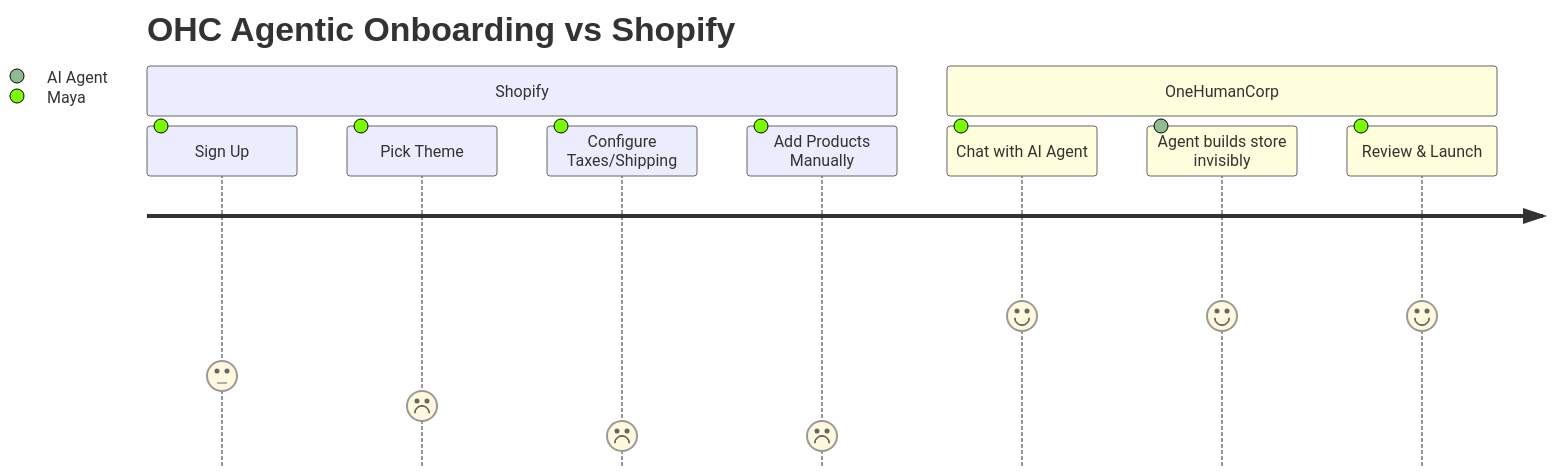
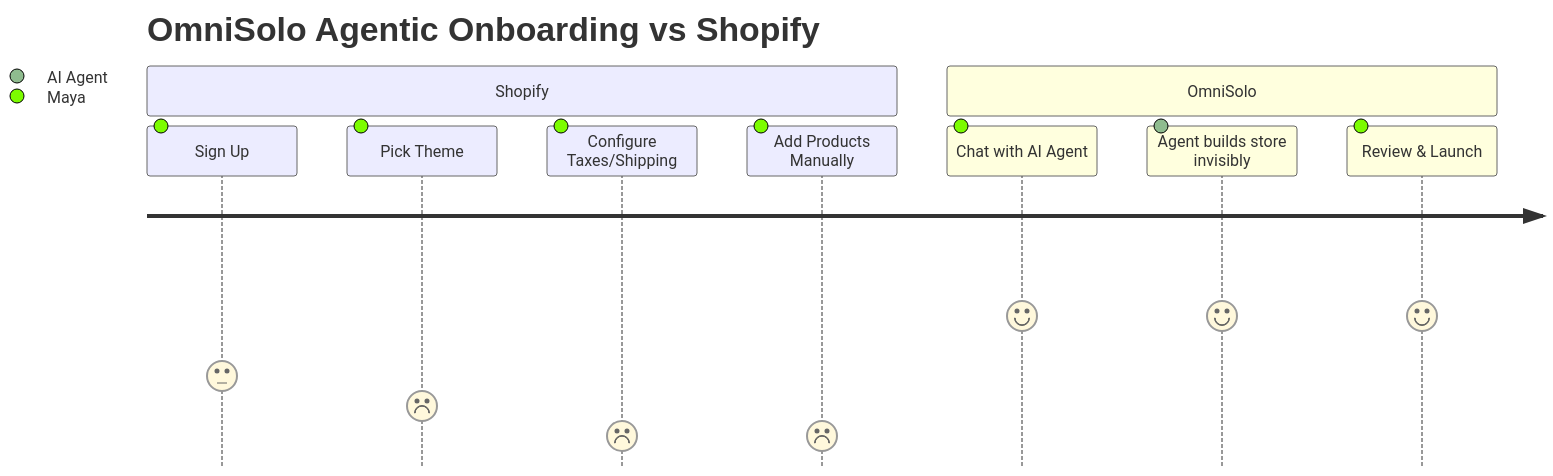
One commit to omnisolo-llc/onehumancorp changed the second of 2 diagrams in docs/research/[research]_small_business_platform_competitive_analysis_agentic_solutions.md. Above: the diagram before and after it, drawn with Mermaid. The commit also changed other lines of this file and 2191 other files, not shown here.

Commit message:
feat: complete OmniSolo rename and browser audit

````diff
--- a/docs/research/[research]_small_business_platform_competitive_analysis_agentic_solutions.md
+++ b/docs/research/[research]_small_business_platform_competitive_analysis_agentic_solutions.md
@@ -99,13 +99,13 @@
 ```mermaid
 journey
-  title OHC Agentic Onboarding vs Shopify
+  title OmniSolo Agentic Onboarding vs Shopify
   section Shopify
     Sign Up: 3: Maya
     Pick Theme: 2: Maya
     Configure Taxes/Shipping: 1: Maya
     Add Products Manually: 1: Maya
-  section OneHumanCorp
+  section OmniSolo
     Chat with AI Agent: 5: Maya
     Agent builds store invisibly: 5: AI Agent
     Review & Launch: 5: Maya
 ```
````
